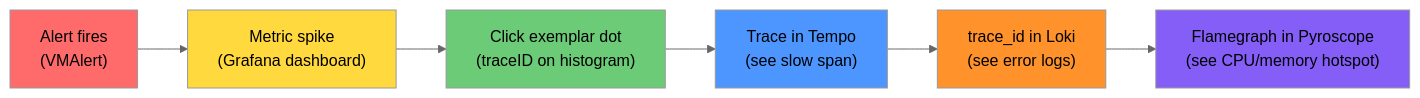
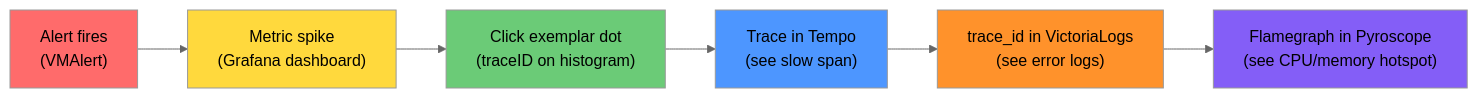
Before and after one commit to duynhlab/homelab: the sixth of 7 diagrams in docs/observability/runbooks/observability-deep-dive.md, drawn with Mermaid (neutral theme). The commit also changed other lines of this file and 5 other files, not shown here.

````diff
--- a/docs/observability/runbooks/observability-deep-dive.md
+++ b/docs/observability/runbooks/observability-deep-dive.md
@@ -411,15 +410,15 @@
 ```mermaid
 flowchart LR
     A["Alert fires\n(VMAlert)"] --> B["Metric spike\n(Grafana dashboard)"]
     B --> C["Click exemplar dot\n(traceID on histogram)"]
     C --> D["Trace in Tempo\n(see slow span)"]
-    D --> E["trace_id in Loki\n(see error logs)"]
+    D --> E["trace_id in VictoriaLogs\n(see error logs)"]
     E --> F["Flamegraph in Pyroscope\n(see CPU/memory hotspot)"]
 
     style A fill:#ff6b6b
     style B fill:#ffd93d
     style C fill:#6bcb77
     style D fill:#4d96ff
     style E fill:#ff922b
     style F fill:#845ef7
 ```
````
